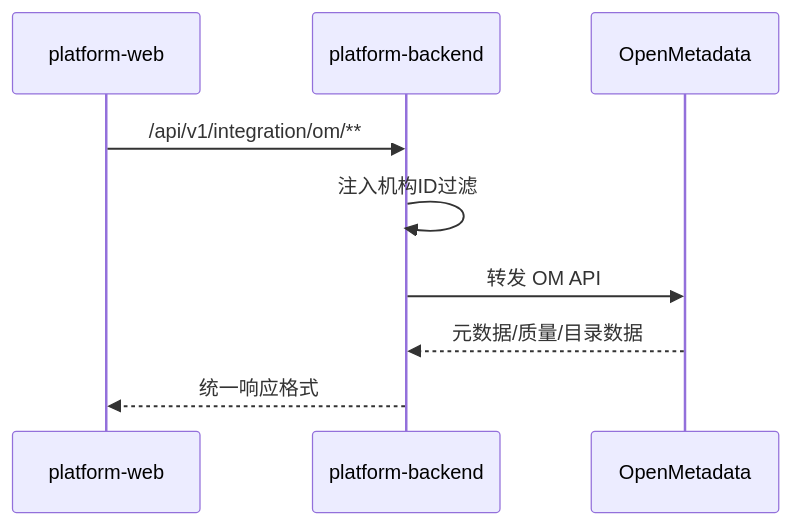
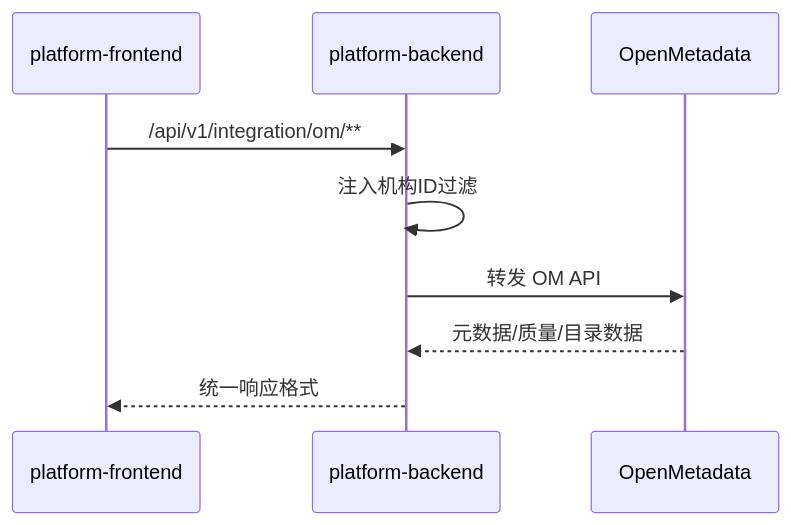
Before and after one commit to 4v8kjnvhcc-rgb/chengde-smart-city: the seventh of 9 diagrams in docs/D07-总体技术架构设计.md, drawn with Mermaid. The commit also changed other lines of this file and 231 other files, not shown here.

Commit message:
[门户] 考核系统门户票据SSO，并将 platform-web 重命名为 platform-frontend

````diff
--- a/docs/D07-总体技术架构设计.md
+++ b/docs/D07-总体技术架构设计.md
@@ -531,11 +531,11 @@
 ```mermaid
 sequenceDiagram
-  participant W as platform-web
+  participant W as platform-frontend
   participant B as platform-backend
   participant O as OpenMetadata
   W->>B: /api/v1/integration/om/**
   B->>B: 注入机构ID过滤
   B->>O: 转发 OM API
   O-->>B: 元数据/质量/目录数据
   B-->>W: 统一响应格式
 ```
````
